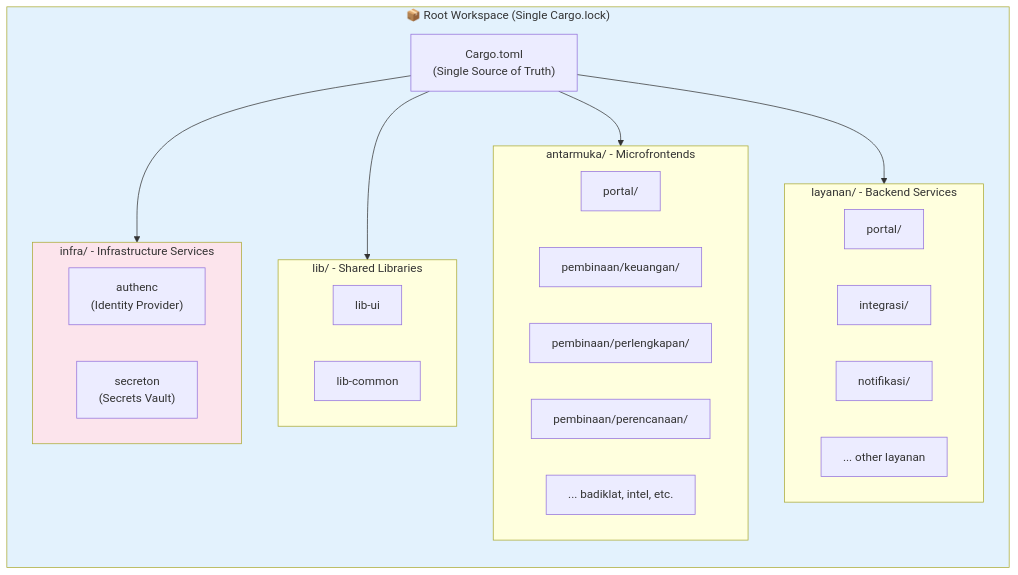
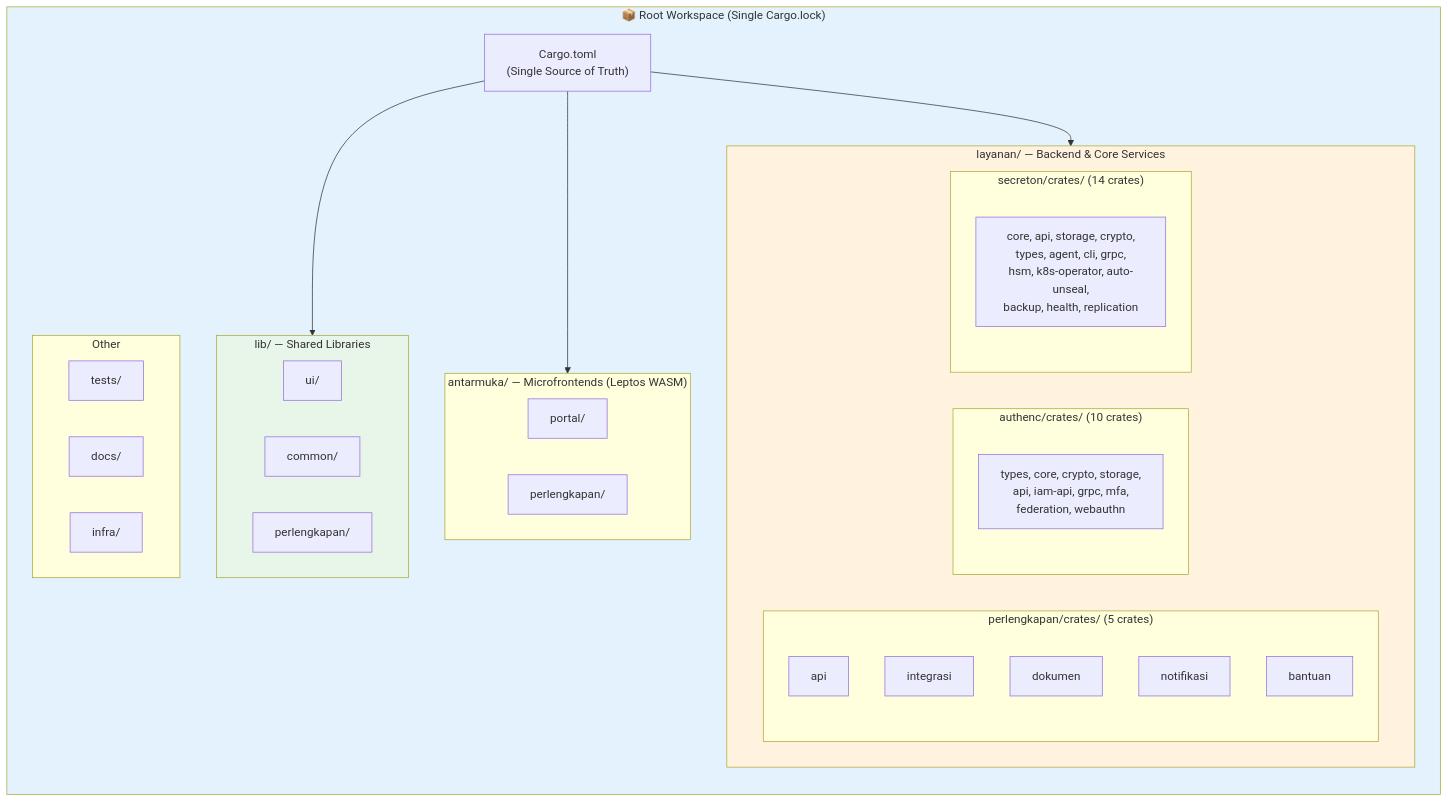
Before and after one commit to analisaperlengkapan/simpel2: the second of 3 diagrams in AGENTS.md, drawn with Mermaid. The commit also changed other lines of this file and 390 other files, not shown here.

````diff
--- a/AGENTS.md
+++ b/AGENTS.md
@@ -100,40 +91,48 @@
 ```mermaid
 flowchart LR
     subgraph Root["📦 Root Workspace (Single Cargo.lock)"]
         direction TB
         CT["Cargo.toml<br/>(Single Source of Truth)"]
 
-        subgraph Lib["lib/ - Shared Libraries"]
-            LU["lib-ui"]
-            LC["lib-common"]
+        subgraph Lib["lib/ — Shared Libraries"]
+            LU["ui/"]
+            LC["common/"]
+            LPR["perlengkapan/"]
         end
 
-        subgraph Antarmuka["antarmuka/ - Microfrontends"]
+        subgraph Antarmuka["antarmuka/ — Microfrontends (Leptos WASM)"]
             AP["portal/"]
-            APK["pembinaan/keuangan/"]
-            APP["pembinaan/perlengkapan/"]
-            APR["pembinaan/perencanaan/"]
-            AN["... badiklat, intel, etc."]
+            APP["perlengkapan/"]
         end
 
-        subgraph Layanan["layanan/ - Backend Services"]
-            SP["portal/"]
-            SI["integrasi/"]
-            SN["notifikasi/"]
-            LPN["... other layanan"]
+        subgraph Layanan["layanan/ — Backend & Core Services"]
+            subgraph L_Perlengkapan["perlengkapan/crates/ (5 crates)"]
+                LPI["api"]
+                LPInt["integrasi"]
+                LPD["dokumen"]
+                LPNot["notifikasi"]
+                LPB["bantuan"]
+            end
+            subgraph L_Authenc["authenc/crates/ (10 crates)"]
+                LA["types, core, crypto, storage,<br/>api, iam-api, grpc, mfa,<br/>federation, webauthn"]
+            end
+            subgraph L_Secreton["secreton/crates/ (14 crates)"]
+                LS["core, api, storage, crypto,<br/>types, agent, cli, grpc,<br/>hsm, k8s-operator, auto-unseal,<br/>backup, health, replication"]
+            end
         end
 
-        subgraph Infra["infra/ - Infrastructure Services"]
-            AUTH["authenc<br/>(Identity Provider)"]
-            SEC["secreton<br/>(Secrets Vault)"]
+        subgraph Extra["Other"]
+            TESTS["tests/"]
+            DOCS["docs/"]
+            INFRA["infra/"]
         end
     end
 
     CT --> Lib
     CT --> Antarmuka
     CT --> Layanan
-    CT --> Infra
 
     style Root fill:#e3f2fd
-    style Infra fill:#fce4ec
+    style Layanan fill:#fff3e0
+    style Lib fill:#e8f5e9
 ```
````
